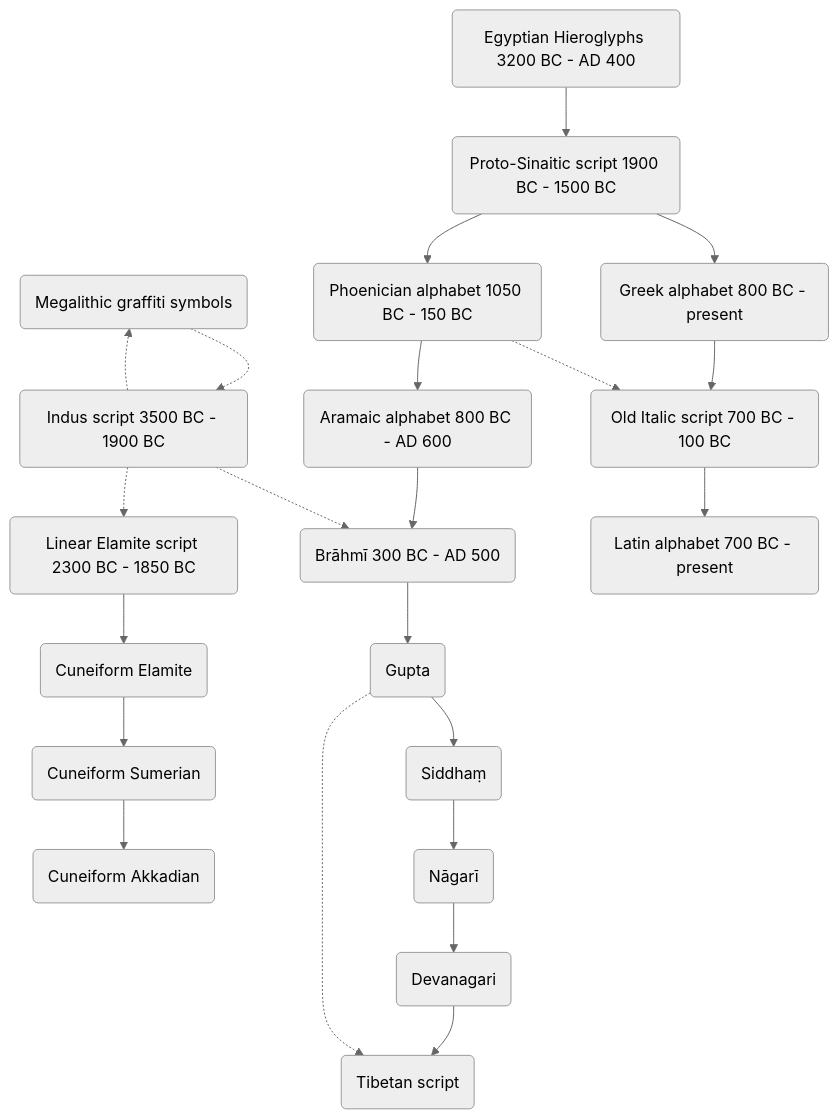
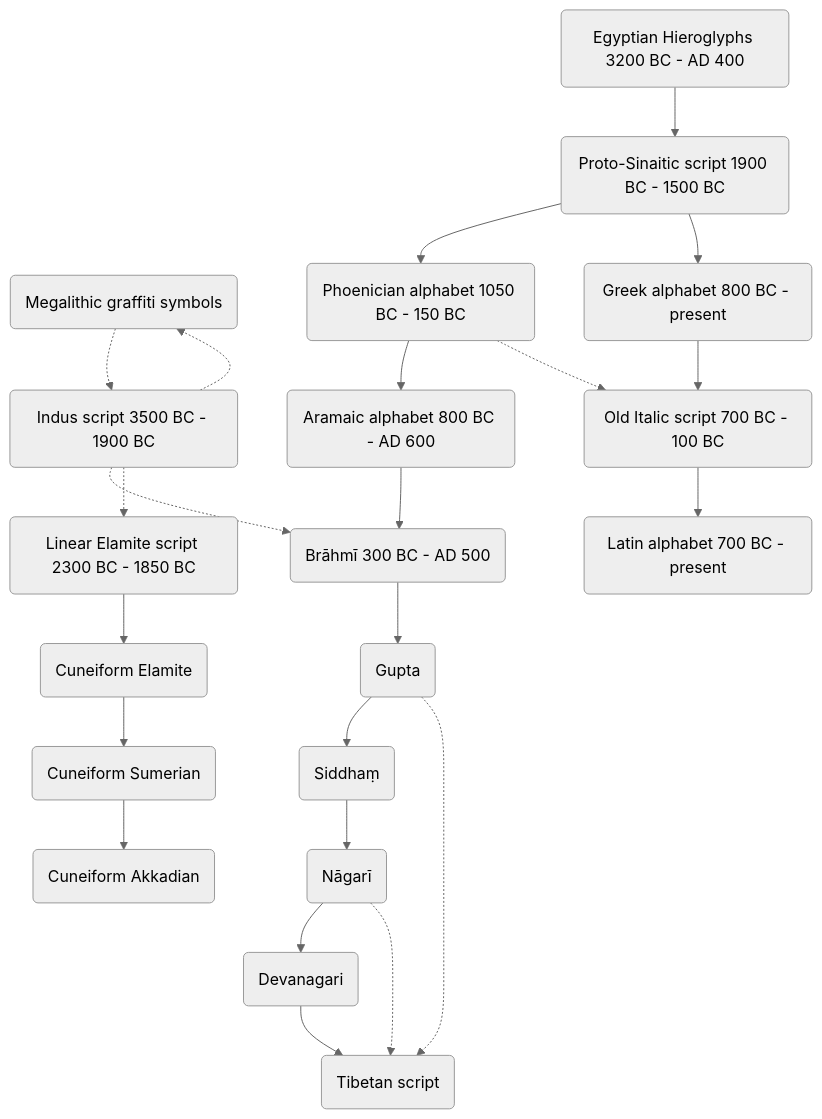
The first of 4 diagrams in docs/tibetan_script_history.md (DigitalTibetan/DigitalTibetan), drawn with Mermaid (neutral theme) before and after one commit.

Commit message:
Direct influence of Nagari to Tibetan

````diff
--- a/docs/tibetan_script_history.md
+++ b/docs/tibetan_script_history.md
@@ -34,25 +34,26 @@
 ```{mermaid}
 graph TD;  
 BA(Megalithic graffiti symbols)-.->BB(Indus script 3500 BC - 1900 BC);
 
 CA(Linear Elamite script 2300 BC - 1850 BC)-->CB(Cuneiform Elamite);
 CB-->CD(Cuneiform Sumerian);
 CD-->CE(Cuneiform Akkadian);
 L0A(Egyptian Hieroglyphs 3200 BC - AD 400<br>)-->LA(Proto-Sinaitic script 1900 BC - 1500 BC);
 LA-->LB(Phoenician alphabet 1050 BC - 150 BC);
 LB-->LC(Aramaic alphabet 800 BC - AD 600);
 LC-->LD(Brāhmī 300 BC - AD 500);
 LD-->LE(Gupta);
 LE-->LF(Siddhaṃ);
 LF-->LG(Nāgarī);
 LG-->LH(Devanagari);
 LH-->LI(Tibetan script);
 LA-->LK(Greek alphabet 800 BC - present);
 LK-->LL(Old Italic script 700 BC - 100 BC);
 LL-->LM(Latin alphabet 700 BC - present);
 BB-.->LD;
 BB-.->BA;
 BB-.->CA;
 LB-.->LL;
 LE-.->LI;
+LG-.->LI;
 ```
````
